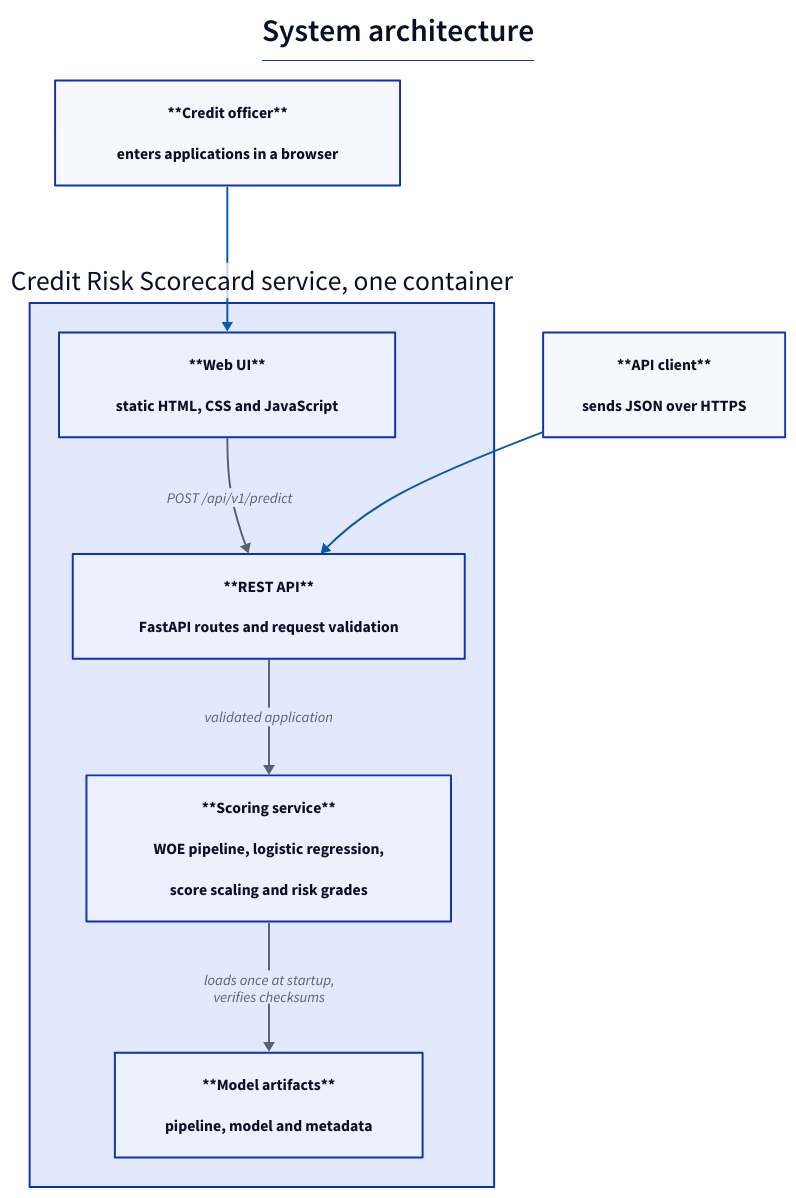
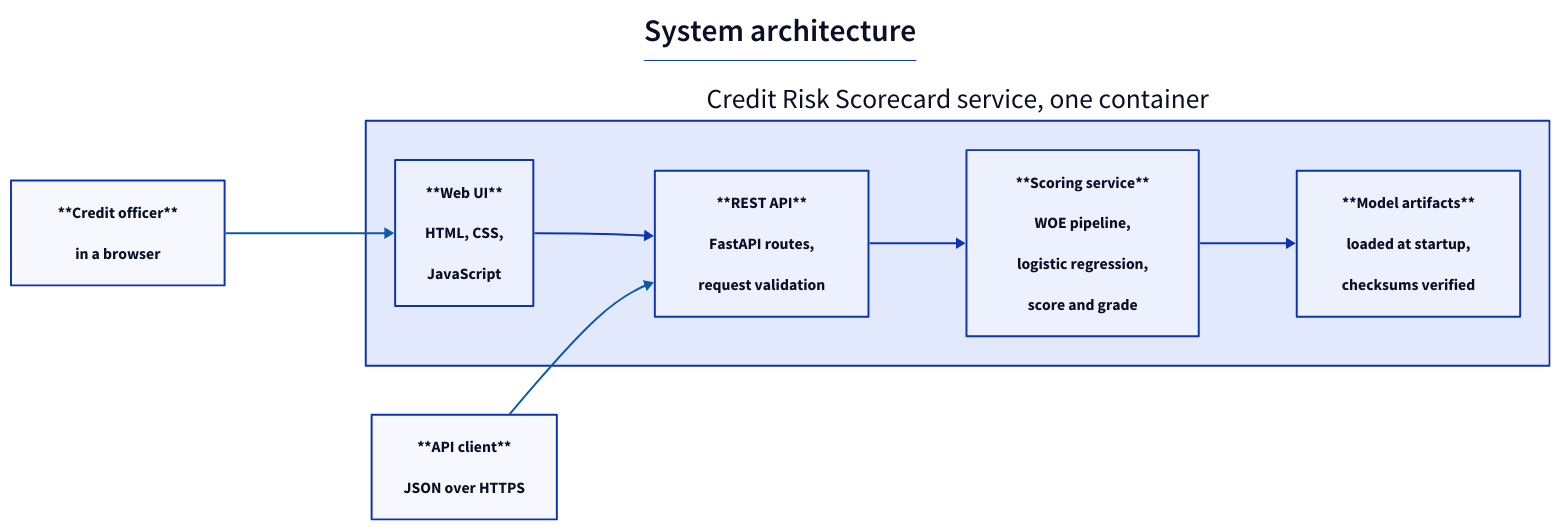
Before and after one commit to thaitri2005/Credit-Scorecard-for-Default-Prediction: the diagram in docs/diagrams/architecture.d2, drawn with D2. The commit also changed 11 other files, not shown here.

First line of the commit message:
Lay the flow diagrams out horizontally; drop the Codecov upload

```diff
--- a/docs/diagrams/architecture.d2
+++ b/docs/diagrams/architecture.d2
@@ -1,46 +1,54 @@
-direction: down
+direction: right
 title: |md
   # System architecture
 | {near: top-center}
 
 officer: |md
   **Credit officer**
 
-  enters applications in a browser
+  in a browser
 | {shape: rectangle; class: actor}
 client: |md
   **API client**
 
-  sends JSON over HTTPS
+  JSON over HTTPS
 | {shape: rectangle; class: actor}
 service: "Credit Risk Scorecard service, one container" {
   class: group
   ui: |md
     **Web UI**
 
-    static HTML, CSS and JavaScript
+    HTML, CSS,
+
+    JavaScript
   | {shape: rectangle; class: box}
   api: |md
     **REST API**
 
-    FastAPI routes and request validation
+    FastAPI routes,
+
+    request validation
   | {shape: rectangle; class: box}
   scoring: |md
     **Scoring service**
 
-    WOE pipeline, logistic regression,
+    WOE pipeline,
 
-    score scaling and risk grades
+    logistic regression,
+
+    score and grade
   | {shape: rectangle; class: key}
   artifacts: |md
     **Model artifacts**
 
-    pipeline, model and metadata
+    loaded at startup,
+
+    checksums verified
   | {shape: rectangle; class: box}
-  ui -> api: "POST /api/v1/predict" {style.stroke: "#556270"; style.font-color: "#556270"; style.font-size: 15}
-  api -> scoring: "validated application" {style.stroke: "#556270"; style.font-color: "#556270"; style.font-size: 15}
-  scoring -> artifacts: "loads once at startup,\nverifies checksums" {style.stroke: "#556270"; style.font-color: "#556270"; style.font-size: 15}
+  ui -> api
+  api -> scoring
+  scoring -> artifacts
 }
 
-officer -> service.ui {style.stroke: "#0b5aa8"; style.font-color: "#0b5aa8"; style.font-size: 15}
-client -> service.api {style.stroke: "#0b5aa8"; style.font-color: "#0b5aa8"; style.font-size: 15}
+officer -> service.ui {style.stroke: "#0b5aa8"}
+client -> service.api {style.stroke: "#0b5aa8"}
```
